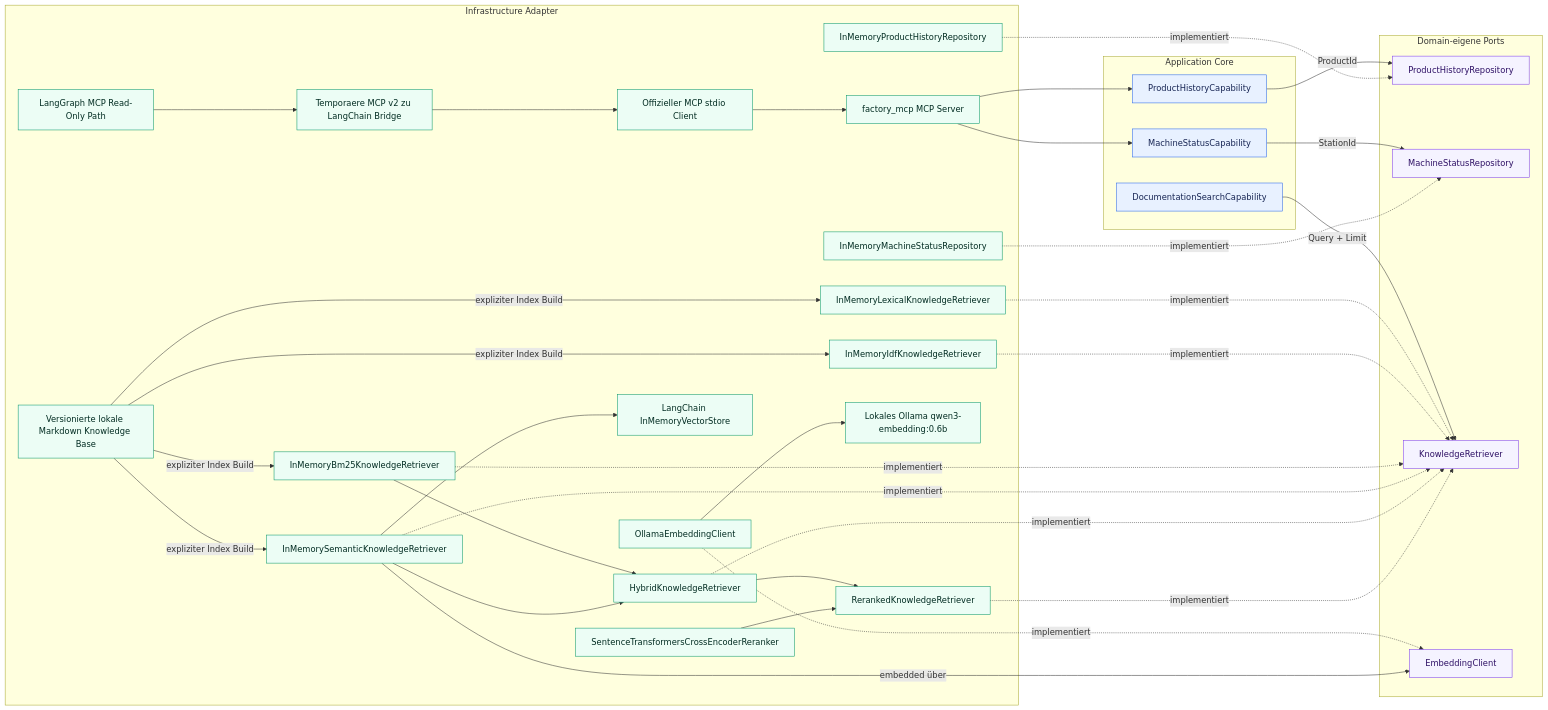
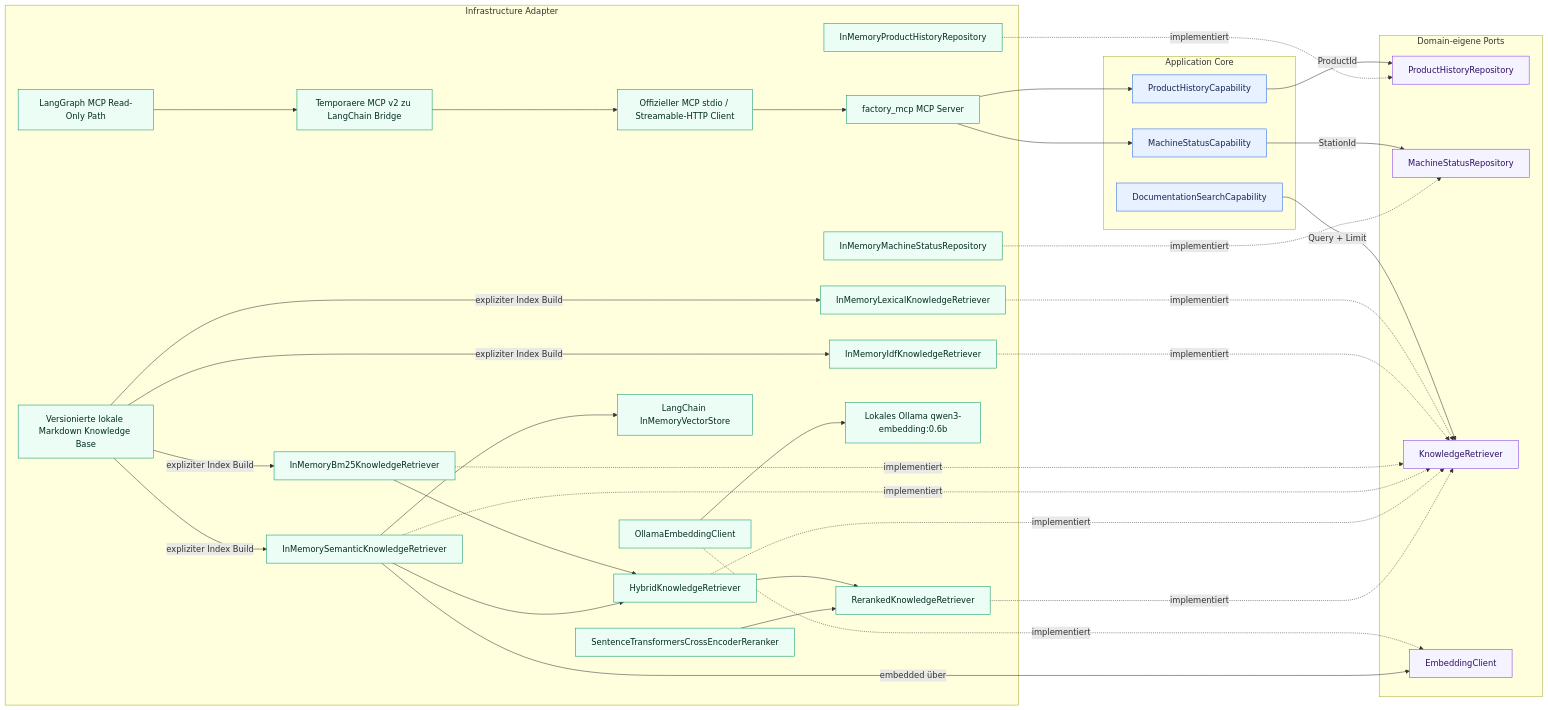
The first of 11 diagrams in docs/architecture/overview.de.md (aboerzel/industrial-ai-agent), drawn with Mermaid before and after one commit. The commit also changed other lines of this file and 20 other files, not shown here.

Commit message:
feat: add Dockerized MCP Streamable HTTP transport

````diff
--- a/docs/architecture/overview.de.md
+++ b/docs/architecture/overview.de.md
@@ -32,71 +35,71 @@
 ```mermaid
 flowchart LR
     subgraph Core["Application Core"]
         PHC["ProductHistoryCapability"]
         MSC["MachineStatusCapability"]
         DSC["DocumentationSearchCapability"]
     end
 
     subgraph Ports["Domain-eigene Ports"]
         PHR["ProductHistoryRepository"]
         MSR["MachineStatusRepository"]
         KR["KnowledgeRetriever"]
         EP["EmbeddingClient"]
     end
 
     subgraph Infrastructure["Infrastructure Adapter"]
         PHM["InMemoryProductHistoryRepository"]
         MSM["InMemoryMachineStatusRepository"]
         LKR["InMemoryLexicalKnowledgeRetriever"]
         IDF["InMemoryIdfKnowledgeRetriever"]
         BM25["InMemoryBm25KnowledgeRetriever"]
         SEM["InMemorySemanticKnowledgeRetriever"]
         HYB["HybridKnowledgeRetriever"]
         RER["RerankedKnowledgeRetriever"]
         CEP["SentenceTransformersCrossEncoderReranker"]
         OEC["OllamaEmbeddingClient"]
         VEC["LangChain InMemoryVectorStore"]
         KB["Versionierte lokale Markdown Knowledge Base"]
         OLLAMA["Lokales Ollama qwen3-embedding:0.6b"]
         FMCP["factory_mcp MCP Server"]
-        MCPCLIENT["Offizieller MCP stdio Client"]
+        MCPCLIENT["Offizieller MCP stdio / Streamable-HTTP Client"]
         MCPBRIDGE["Temporaere MCP v2 zu LangChain Bridge"]
         LG["LangGraph MCP Read-Only Path"]
     end
 
     PHC -->|"ProductId"| PHR
     MSC -->|"StationId"| MSR
     DSC -->|"Query + Limit"| KR
     PHM -.->|"implementiert"| PHR
     MSM -.->|"implementiert"| MSR
     LKR -.->|"implementiert"| KR
     IDF -.->|"implementiert"| KR
     BM25 -.->|"implementiert"| KR
     SEM -.->|"implementiert"| KR
     HYB -.->|"implementiert"| KR
     RER -.->|"implementiert"| KR
     OEC -.->|"implementiert"| EP
     KB -->|"expliziter Index Build"| LKR
     KB -->|"expliziter Index Build"| IDF
     KB -->|"expliziter Index Build"| BM25
     KB -->|"expliziter Index Build"| SEM
     BM25 --> HYB
     SEM --> HYB
     HYB --> RER
     CEP --> RER
     SEM -->|"embedded über"| EP
     SEM --> VEC
     OEC --> OLLAMA
     FMCP --> PHC
     FMCP --> MSC
     MCPCLIENT --> FMCP
     LG --> MCPBRIDGE
     MCPBRIDGE --> MCPCLIENT
 
     classDef core fill:#e8f1ff,stroke:#2563eb,color:#172554
     classDef port fill:#f5f3ff,stroke:#7c3aed,color:#2e1065
     classDef adapter fill:#ecfdf5,stroke:#059669,color:#022c22
     class PHC,MSC,DSC core
     class PHR,MSR,KR,EP port
     class PHM,MSM,LKR,IDF,BM25,SEM,HYB,RER,CEP,OEC,VEC,KB,OLLAMA,FMCP,MCPCLIENT,MCPBRIDGE,LG adapter
 ```
````
